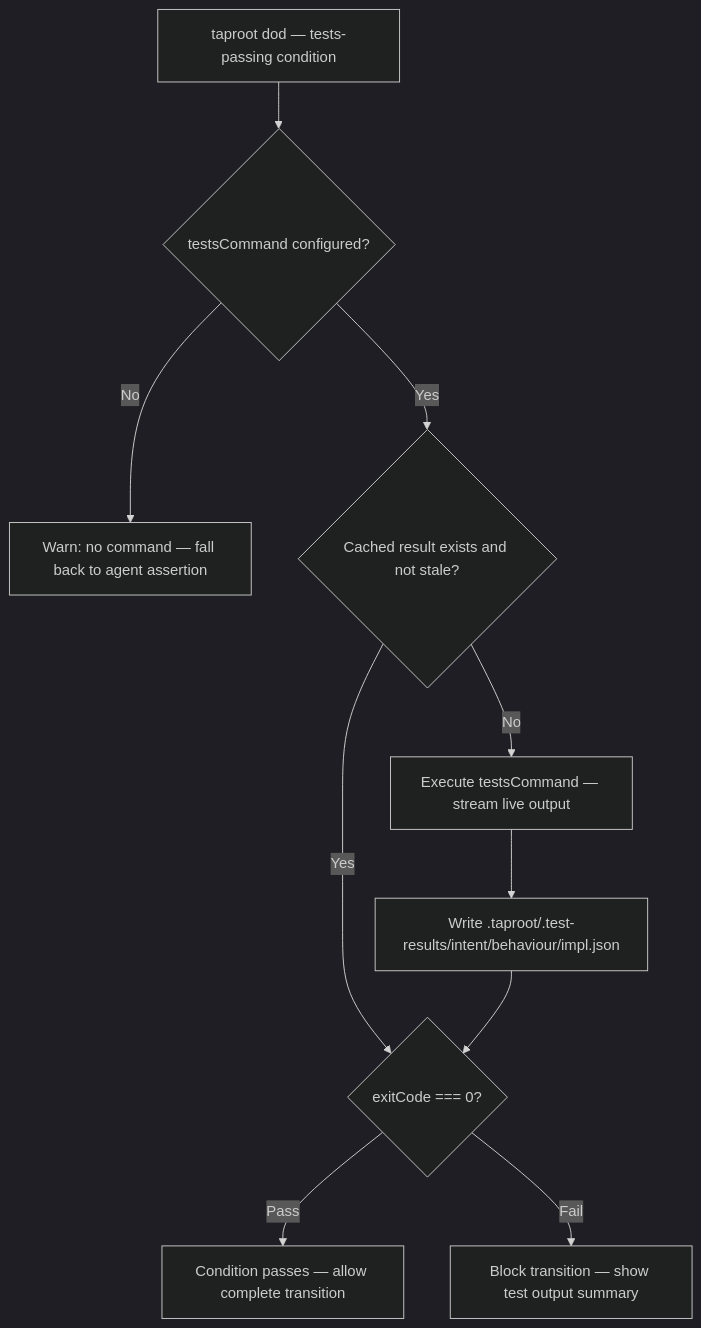
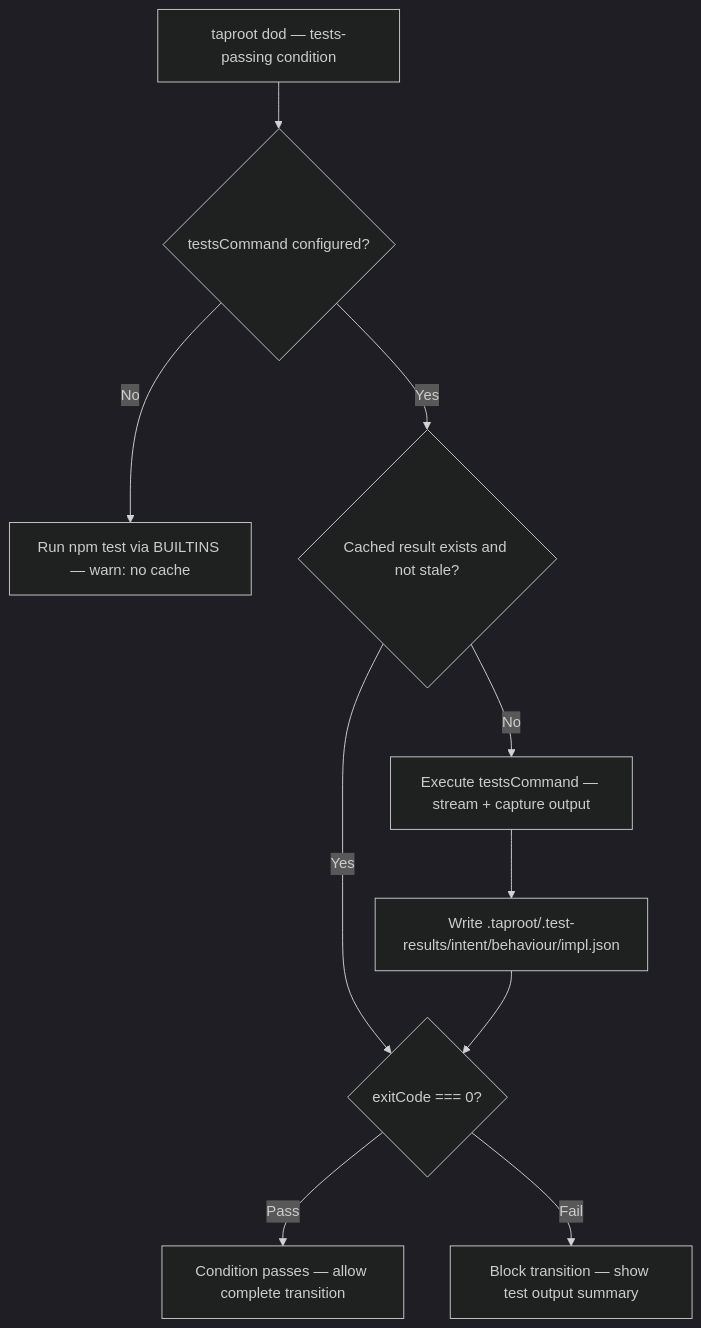
The diagram in taproot/quality-gates/state-transition-guardrails/usecase.md (imix/taproot), drawn with Mermaid (dark theme) before and after one commit. The commit also changed other lines of this file, not shown here.

Commit message:
taproot(quality-gates/state-transition-guardrails): refine spec — fix AC-1, backward compat, commithook flow, streaming constraint

````diff
--- a/taproot/quality-gates/state-transition-guardrails/usecase.md
+++ b/taproot/quality-gates/state-transition-guardrails/usecase.md
@@ -83,12 +90,12 @@
 ```mermaid
 flowchart TD
     A[taproot dod — tests-passing condition] --> B{testsCommand configured?}
-    B -->|No| C[Warn: no command — fall back to agent assertion]
+    B -->|No| C[Run npm test via BUILTINS — warn: no cache]
     B -->|Yes| D{Cached result exists and not stale?}
     D -->|Yes| E{exitCode === 0?}
-    D -->|No| F[Execute testsCommand — stream live output]
+    D -->|No| F[Execute testsCommand — stream + capture output]
     F --> G[Write .taproot/.test-results/intent/behaviour/impl.json]
     G --> E
     E -->|Pass| H[Condition passes — allow complete transition]
     E -->|Fail| I[Block transition — show test output summary]
 ```
````
